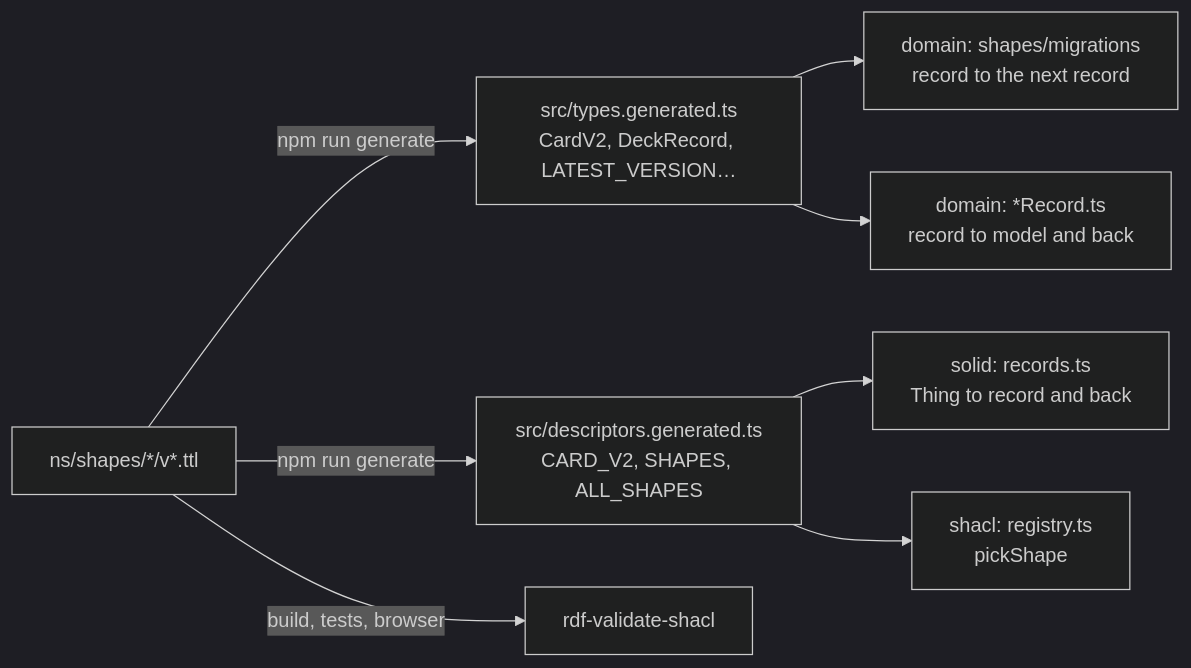
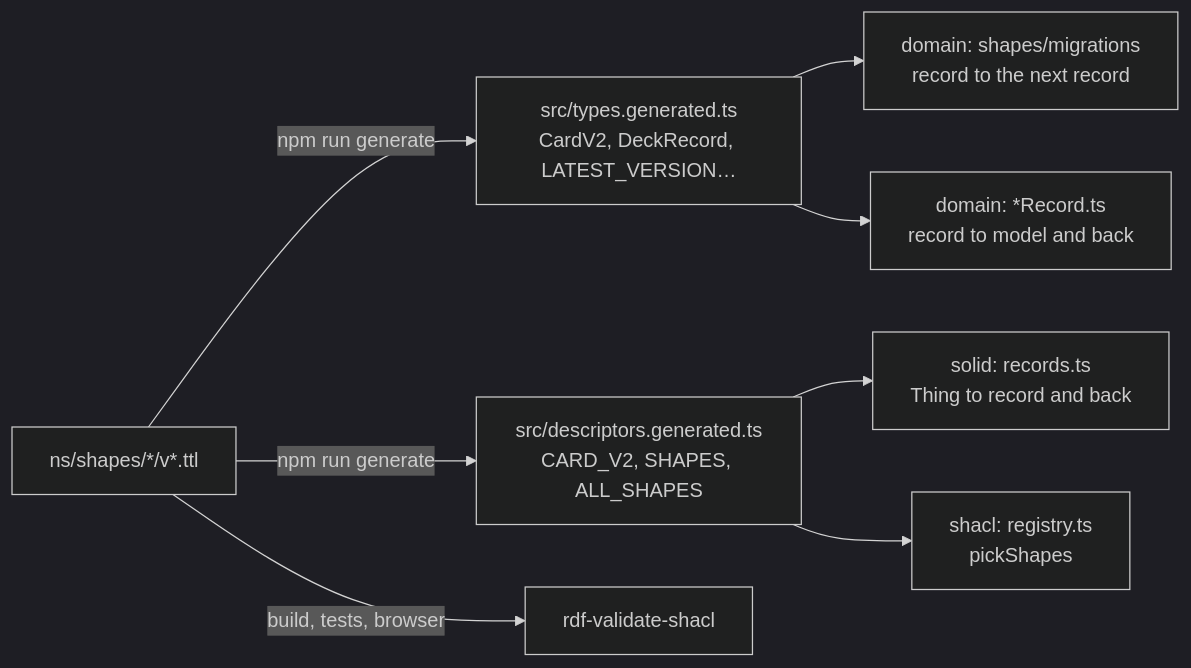
The diagram in docs/shapes.md (solid-memo/website), drawn with Mermaid (dark theme) before and after one commit. The commit also changed other lines of this file and 12 other files, not shown here.

````diff
--- a/docs/shapes.md
+++ b/docs/shapes.md
@@ -176,12 +180,12 @@
 ```mermaid
 flowchart LR
     accTitle: What the shapes generate
     accDescr: npm run generate turns the shapes into types and descriptors, which the migrations, the records, the mappers and the shape registry use.
     shapes["ns/shapes/*/v*.ttl"] -->|npm run generate| types["src/types.generated.ts<br/>CardV2, DeckRecord, LATEST_VERSION…"]
     shapes -->|npm run generate| desc["src/descriptors.generated.ts<br/>CARD_V2, SHAPES, ALL_SHAPES"]
     types --> migrations["domain: shapes/migrations<br/>record to the next record"]
     types --> records["domain: *Record.ts<br/>record to model and back"]
     desc --> rw["solid: records.ts<br/>Thing to record and back"]
-    desc --> pick["shacl: registry.ts<br/>pickShape"]
+    desc --> pick["shacl: registry.ts<br/>pickShapes"]
     shapes -->|build, tests, browser| shacl["rdf-validate-shacl"]
 ```
````
